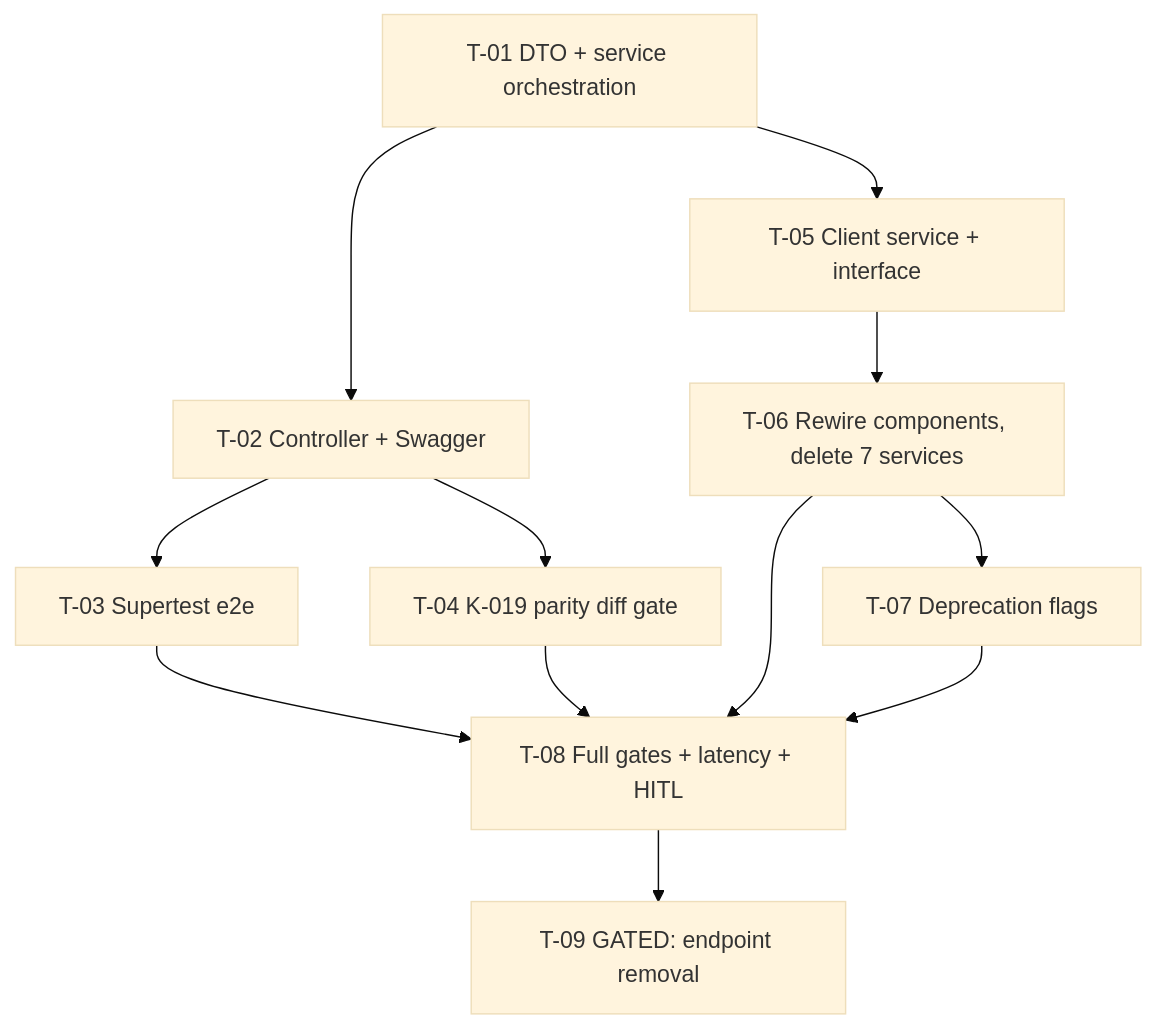
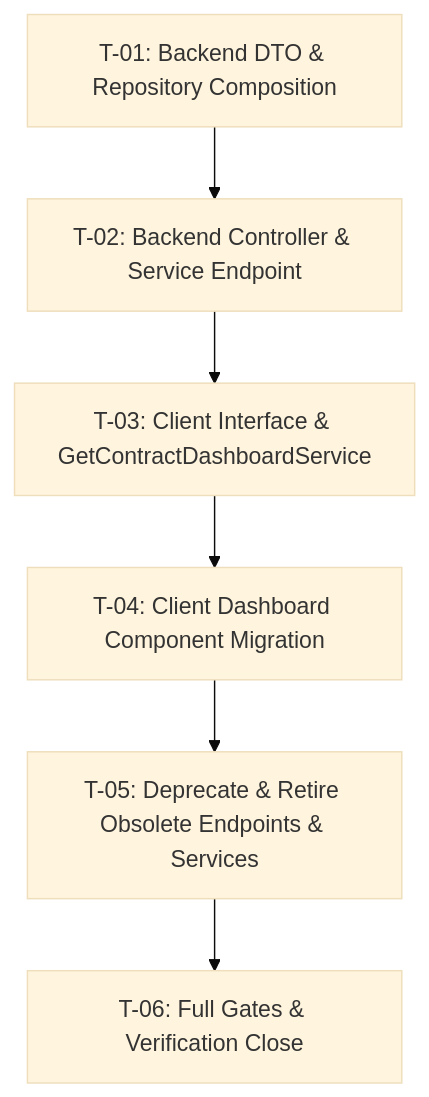
One commit to AllianceBioversityCIAT/alliance-research-indicators-main changed the diagram in docs/specs/changes/project-dashboard-v3/f2-consolidated-endpoint/tasks.md. Above: the diagram before and after it, drawn with Mermaid (base theme). The commit also changed other lines of this file and 6 other files, not shown here.

Commit message:
[SPEC:changes/project-dashboard-v3/f2-consolidated-endpoint] feat(agresso-contract): backend composite DTO and repository composition (T-01)

````diff
--- a/docs/specs/changes/project-dashboard-v3/f2-consolidated-endpoint/tasks.md
+++ b/docs/specs/changes/project-dashboard-v3/f2-consolidated-endpoint/tasks.md
@@ -17,14 +21,8 @@
 ```mermaid
 graph TD
-  T01[T-01 DTO + service orchestration] --> T02[T-02 Controller + Swagger]
-  T02 --> T03[T-03 Supertest e2e]
-  T02 --> T04[T-04 K-019 parity diff gate]
-  T01 --> T05[T-05 Client service + interface]
-  T05 --> T06[T-06 Rewire components, delete 7 services]
-  T06 --> T07[T-07 Deprecation flags]
-  T03 --> T08[T-08 Full gates + latency + HITL]
-  T04 --> T08
-  T06 --> T08
-  T07 --> T08
-  T08 --> T09[T-09 GATED: endpoint removal]
+    T01[T-01: Backend DTO & Repository Composition] --> T02[T-02: Backend Controller & Service Endpoint]
+    T02 --> T03[T-03: Client Interface & GetContractDashboardService]
+    T03 --> T04[T-04: Client Dashboard Component Migration]
+    T04 --> T05[T-05: Deprecate & Retire Obsolete Endpoints & Services]
+    T05 --> T06[T-06: Full Gates & Verification Close]
 ```
````
